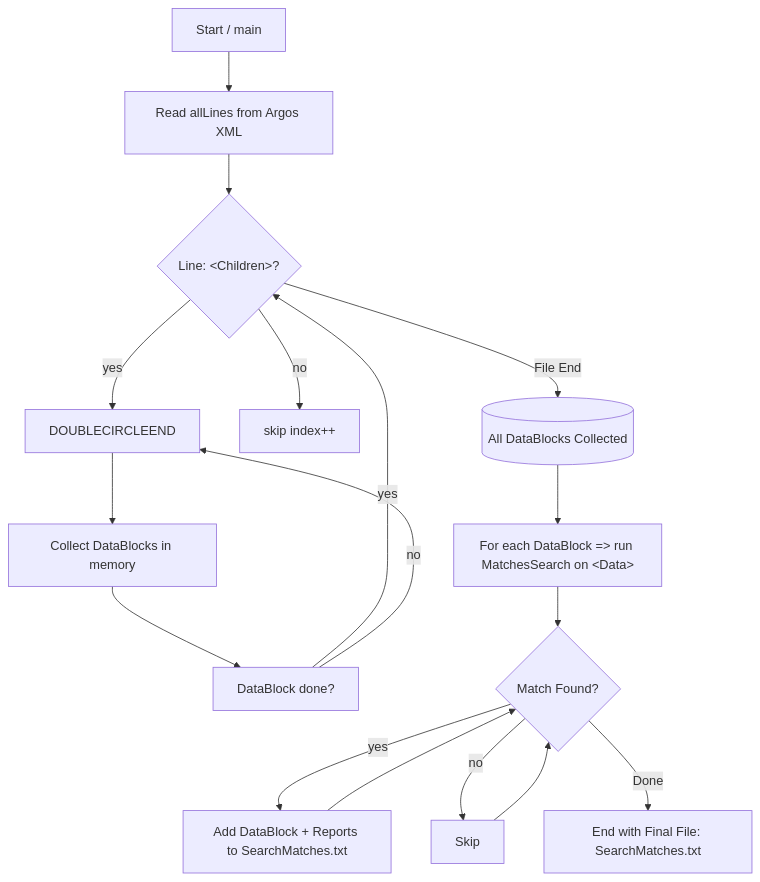
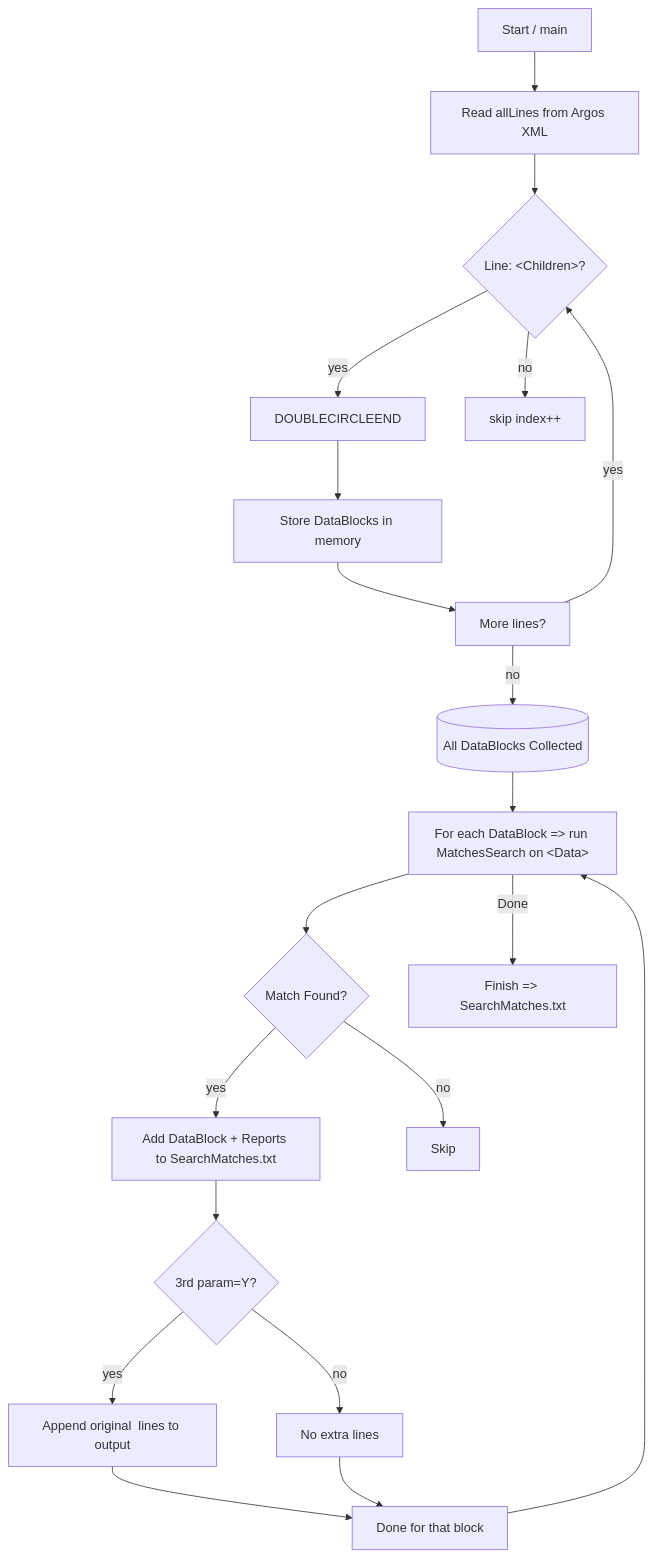
Before and after one commit to peopleworks/ArgosToSql: the diagram in README.md, drawn with Mermaid. The commit also changed other lines of this file, not shown here.

````diff
--- a/README.md
+++ b/README.md
@@ -147,27 +179,30 @@
 ```mermaid
 flowchart TB
     A[Start / main] --> B[Read allLines from Argos XML]
 
     B --> C{Line: &lt;Children&gt;?}
 
     C -- yes --> D[DOUBLECIRCLEEND]
     C -- no --> E[skip index++]
 
-    D --> F[Collect DataBlocks in memory]
-    F --> G[DataBlock done?]
+    D --> F[Store DataBlocks in memory]
+    F --> G[More lines?]
     G -- yes --> C
-    G -- no --> D
-
-    C -->|File End| H[(All DataBlocks Collected)]
+    G -- no --> H[(All DataBlocks Collected)]
 
     H --> I[For each DataBlock => run MatchesSearch on &lt;Data&gt;]
     I --> J{Match Found?}
 
     J -- yes --> K[Add DataBlock + Reports to SearchMatches.txt]
     J -- no --> L[Skip]
 
-    K --> J
-    L --> J
+    K --> M{3rd param=Y?}
+    M -- yes --> N[Append original <Data> lines to output]
+    M -- no --> O[No extra lines]
 
-    J -->|Done| M[End with Final File: SearchMatches.txt]
+    N --> P[Done for that block]
+    O --> P[Done for that block]
+
+    P --> I
+    I -->|Done| Q[Finish => SearchMatches.txt]
 ```
````
